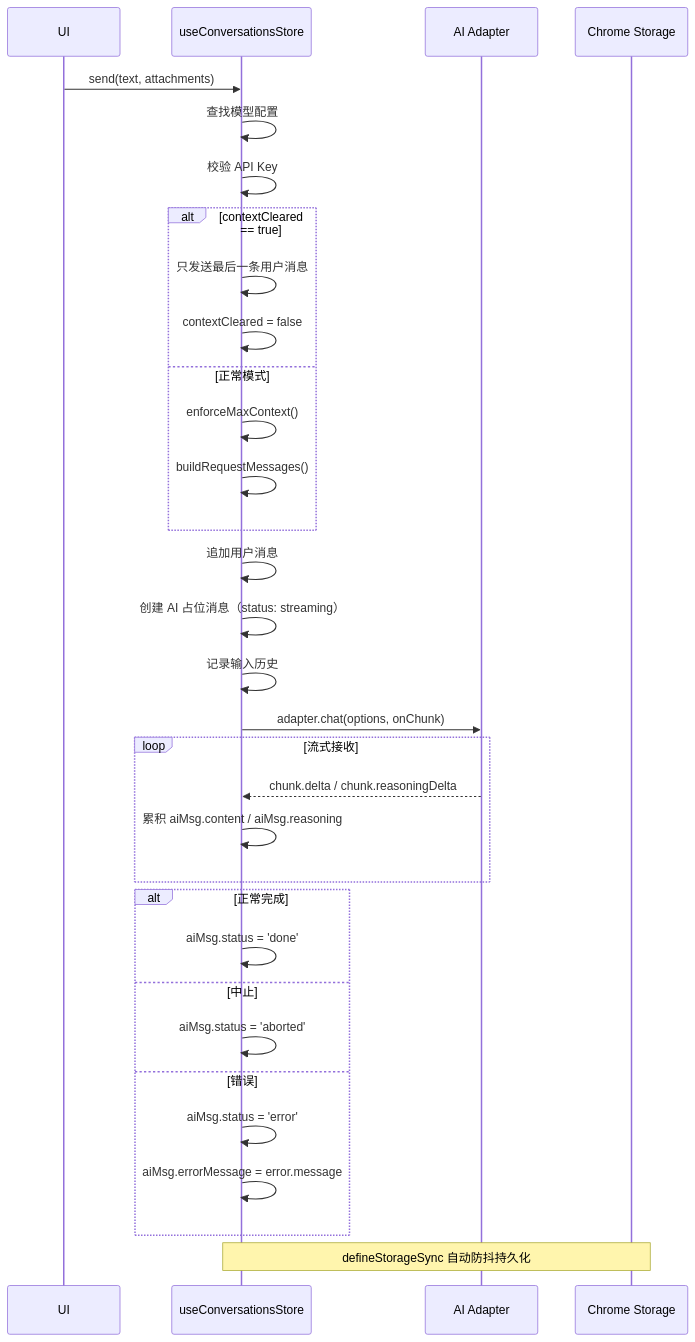
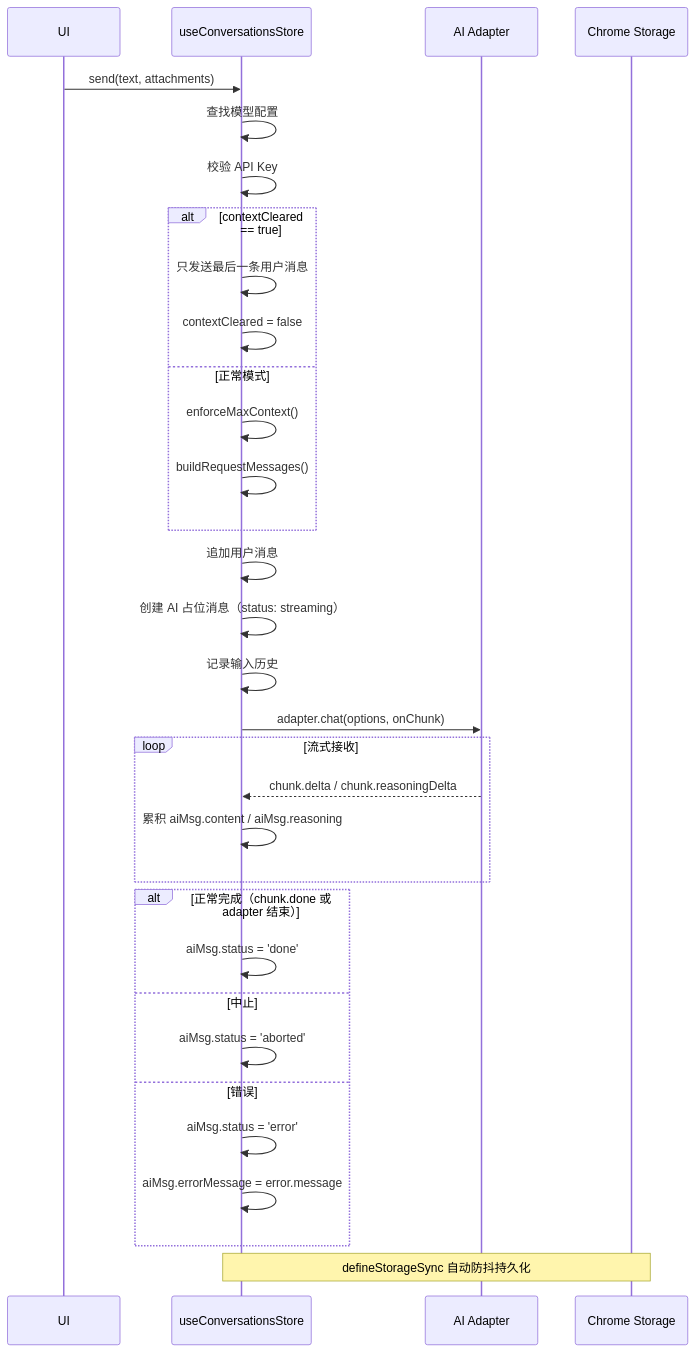
The third of 6 diagrams in docs/architecture/state-management.md (zw123zw/ai-browser), drawn with Mermaid before and after one commit. The commit also changed other lines of this file and 10 other files, not shown here.

````diff
--- a/docs/architecture/state-management.md
+++ b/docs/architecture/state-management.md
@@ -203,41 +206,41 @@
 ```mermaid
 sequenceDiagram
     participant UI
     participant Store as useConversationsStore
     participant Adapter as AI Adapter
     participant Storage as Chrome Storage
 
     UI->>Store: send(text, attachments)
     Store->>Store: 查找模型配置
     Store->>Store: 校验 API Key
 
     alt contextCleared == true
         Store->>Store: 只发送最后一条用户消息
         Store->>Store: contextCleared = false
     else 正常模式
         Store->>Store: enforceMaxContext()
         Store->>Store: buildRequestMessages()
     end
 
     Store->>Store: 追加用户消息
     Store->>Store: 创建 AI 占位消息（status: streaming）
     Store->>Store: 记录输入历史
 
     Store->>Adapter: adapter.chat(options, onChunk)
 
     loop 流式接收
         Adapter-->>Store: chunk.delta / chunk.reasoningDelta
         Store->>Store: 累积 aiMsg.content / aiMsg.reasoning
     end
 
-    alt 正常完成
+    alt 正常完成（chunk.done 或 adapter 结束）
         Store->>Store: aiMsg.status = 'done'
     else 中止
         Store->>Store: aiMsg.status = 'aborted'
     else 错误
         Store->>Store: aiMsg.status = 'error'
         Store->>Store: aiMsg.errorMessage = error.message
     end
 
     Note over Store,Storage: defineStorageSync 自动防抖持久化
 ```
````
